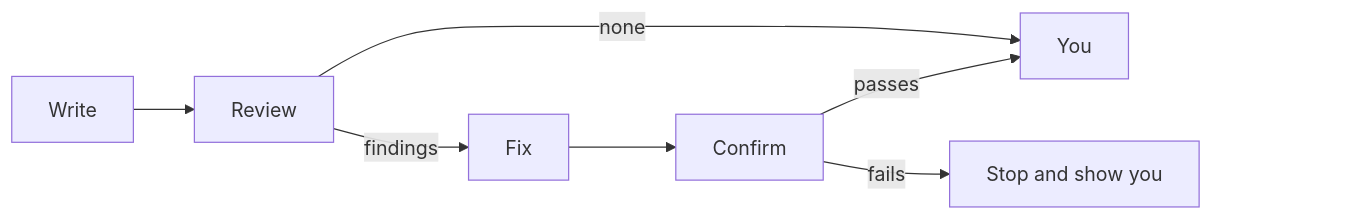
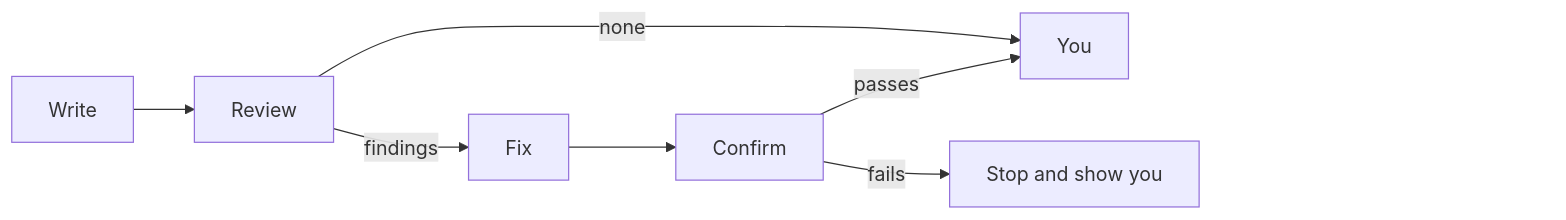
One commit to michaelmarconi/agentic-engineering changed the second of 2 diagrams in README.md. Above: the diagram before and after it, drawn with Mermaid. The commit also changed other lines of this file, not shown here.

Commit message:
docs: widen the README diagrams' right-hand padding
Claude-Session: https://claude.ai/code/session_01NCq9p8hX4Co6v6y5xdGfCM

````diff
--- a/README.md
+++ b/README.md
@@ -168,11 +168,11 @@
 ```mermaid
 flowchart LR
     Write --> Review
     Review -->|findings| Fix
     Review -->|none| You
     Fix --> Confirm
     Confirm -->|passes| You
     Confirm -->|fails| Stop[Stop and show you]
-    Stop ~~~ Pad[" "]
+    Stop ~~~ Pad["#nbsp;#nbsp;#nbsp;#nbsp;#nbsp;#nbsp;#nbsp;#nbsp;#nbsp;#nbsp;#nbsp;#nbsp;#nbsp;#nbsp;#nbsp;#nbsp;#nbsp;#nbsp;#nbsp;#nbsp;#nbsp;#nbsp;#nbsp;#nbsp;#nbsp;#nbsp;#nbsp;#nbsp;#nbsp;#nbsp;#nbsp;#nbsp;#nbsp;#nbsp;#nbsp;#nbsp;#nbsp;#nbsp;#nbsp;#nbsp;"]
     style Pad fill:none,stroke:none
 ```
````
